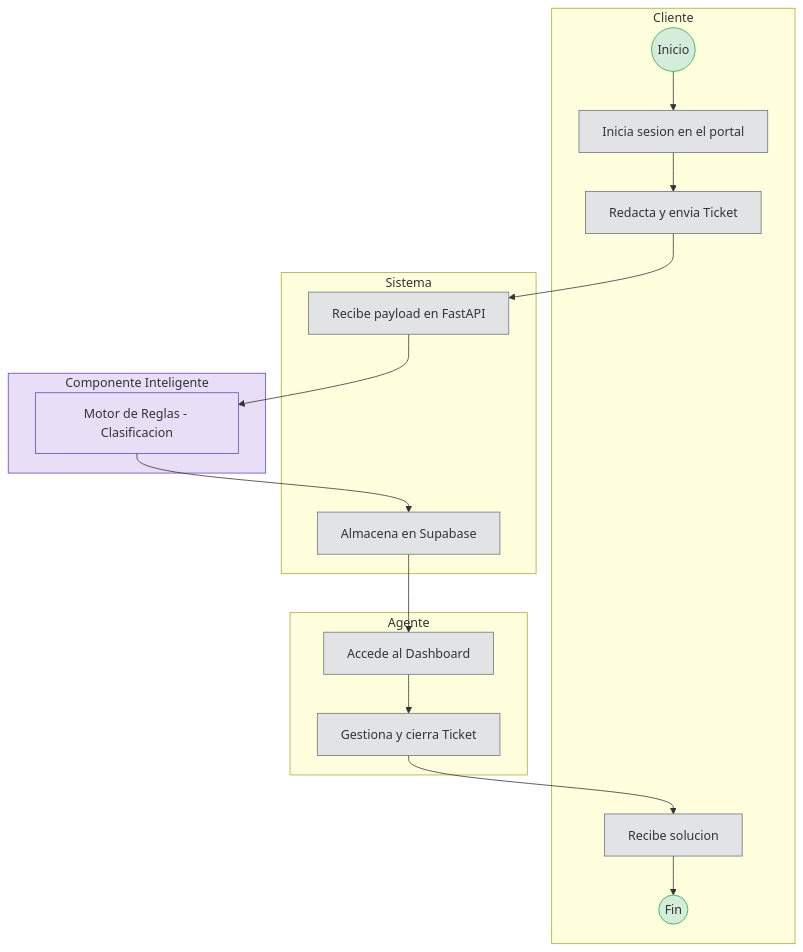
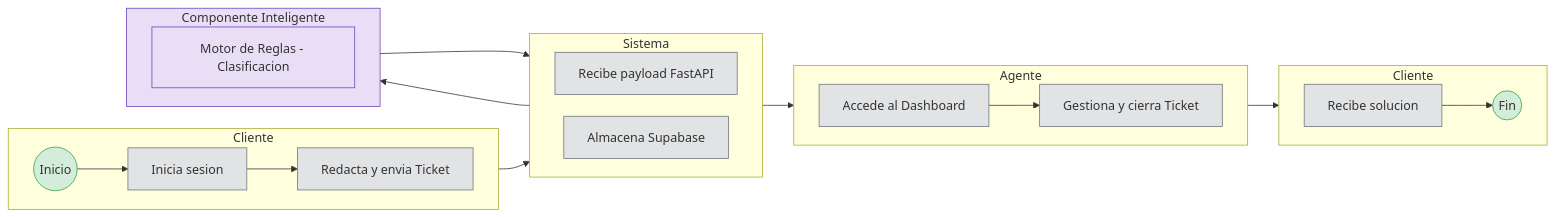
The first of 2 diagrams in docs/Entrega I/3.modelado_de_procesos.md (castanojulianunivalle/ai-copilot), drawn with Mermaid before and after one commit. The commit also changed other lines of this file and 7 other files, not shown here.

````diff
--- a/docs/Entrega I/3.modelado_de_procesos.md
+++ b/docs/Entrega I/3.modelado_de_procesos.md
@@ -11,36 +13,40 @@
 ```mermaid
-flowchart TD
-    subgraph Cliente
-        A((Inicio)) --> B[Inicia sesion en el portal]
-        B --> C[Redacta y envia Ticket]
+%%{init: {'flowchart': {'nodeSpacing': 28, 'rankSpacing': 40}}}%%
+flowchart LR
+    subgraph Cliente["Cliente"]
+        direction LR
+        A((Inicio)) --> B[Inicia sesion] --> C[Redacta y envia Ticket]
+    end
+
+    subgraph Sistema["Sistema"]
+        direction LR
+        D[Recibe payload FastAPI]
+        I[Almacena Supabase]
+    end
+
+    subgraph IA["Componente Inteligente"]
+        direction LR
+        F[Motor de Reglas - Clasificacion]
+    end
+
+    subgraph Agente["Agente"]
+        direction LR
+        M[Accede al Dashboard] --> N[Gestiona y cierra Ticket]
+    end
+
+    subgraph ClienteFin["Cliente"]
+        direction LR
         O[Recibe solucion] --> P((Fin))
     end
 
-    subgraph Sistema
-        D[Recibe payload en FastAPI]
-        I[Almacena en Supabase]
-    end
-
-    subgraph IA["Componente Inteligente"]
-        F[Motor de Reglas - Clasificacion]
-    end
-
-    C --> D
-    D --> F
-    F --> I
-    I --> M
-
-    subgraph Agente
-        M[Accede al Dashboard]
-        M --> N[Gestiona y cierra Ticket]
-        N --> O
-    end
+    C --> D --> F --> I --> M
+    N --> O
 
     classDef startEnd fill:#d4edda,stroke:#28a745
     classDef process fill:#e2e3e5,stroke:#6c757d
     classDef intelligent fill:#e8dff7,stroke:#6f42c1
     class A,P startEnd
     class B,C,D,I,M,N,O process
     class F intelligent
     style IA fill:#e8dff7,stroke:#6f42c1
 ```
````
